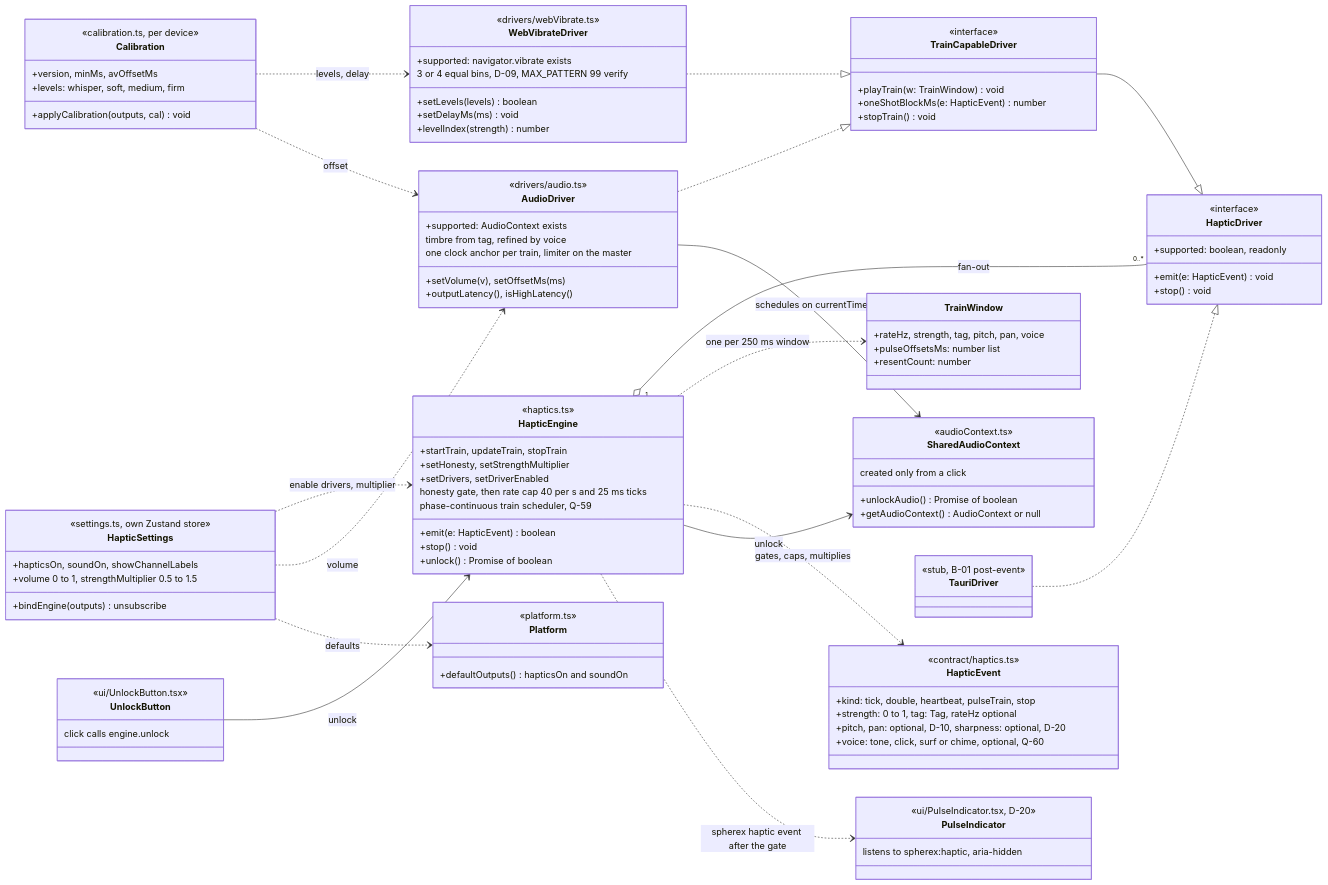
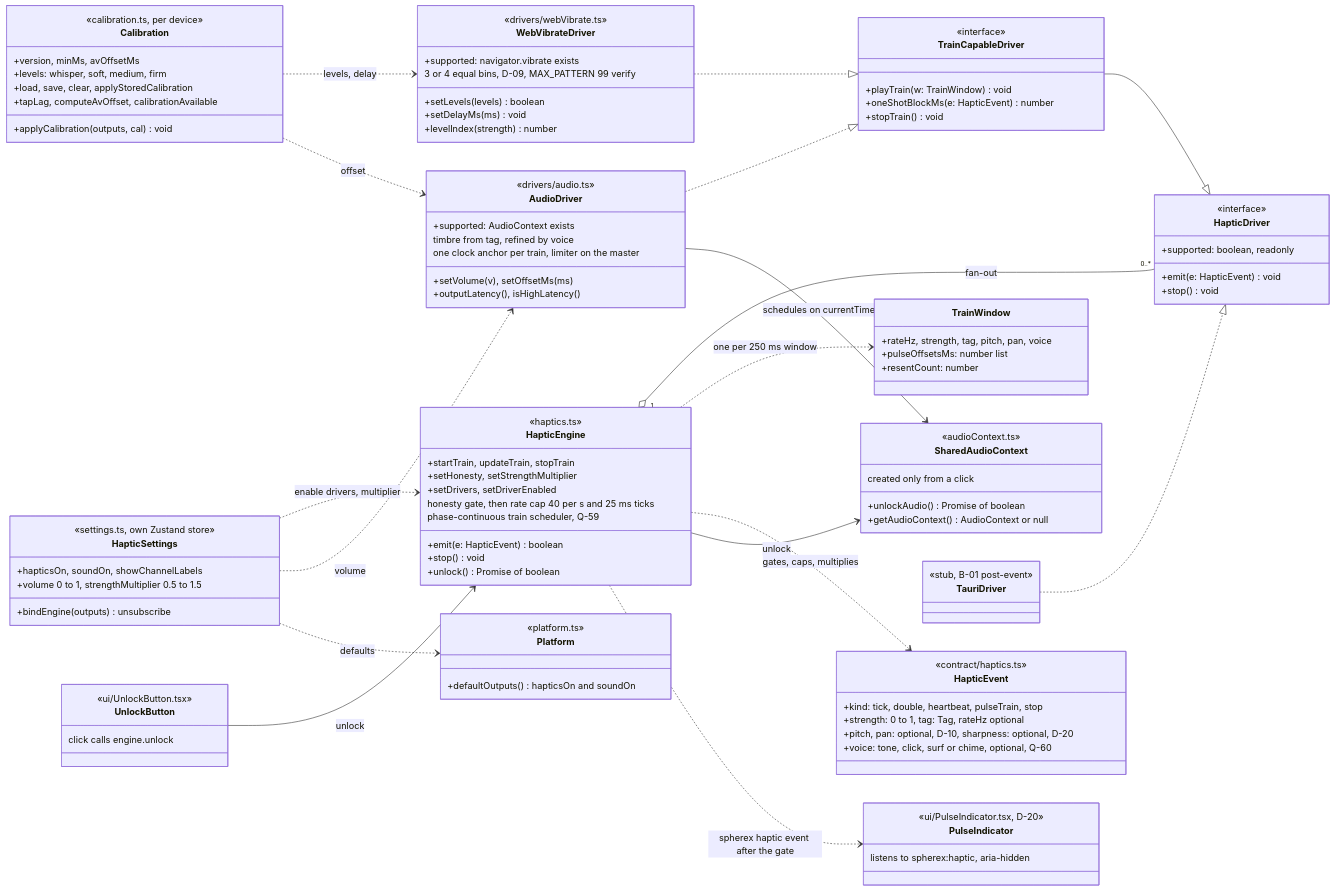
Before and after one commit to 0ffrian/SphereX: the first of 2 diagrams in docs/uml/06-class-haptics-audio.md, drawn with Mermaid. The commit also changed other lines of this file and 17 other files, not shown here.

```diff
--- a/docs/uml/06-class-haptics-audio.md
+++ b/docs/uml/06-class-haptics-audio.md
@@ -80,6 +80,8 @@
     +version, minMs, avOffsetMs
     +levels: whisper, soft, medium, firm
     +applyCalibration(outputs, cal) void
+    +load, save, clear, applyStoredCalibration
+    +tapLag, computeAvOffset, calibrationAvailable
   }
   class Platform {
     <<platform.ts>>
```
